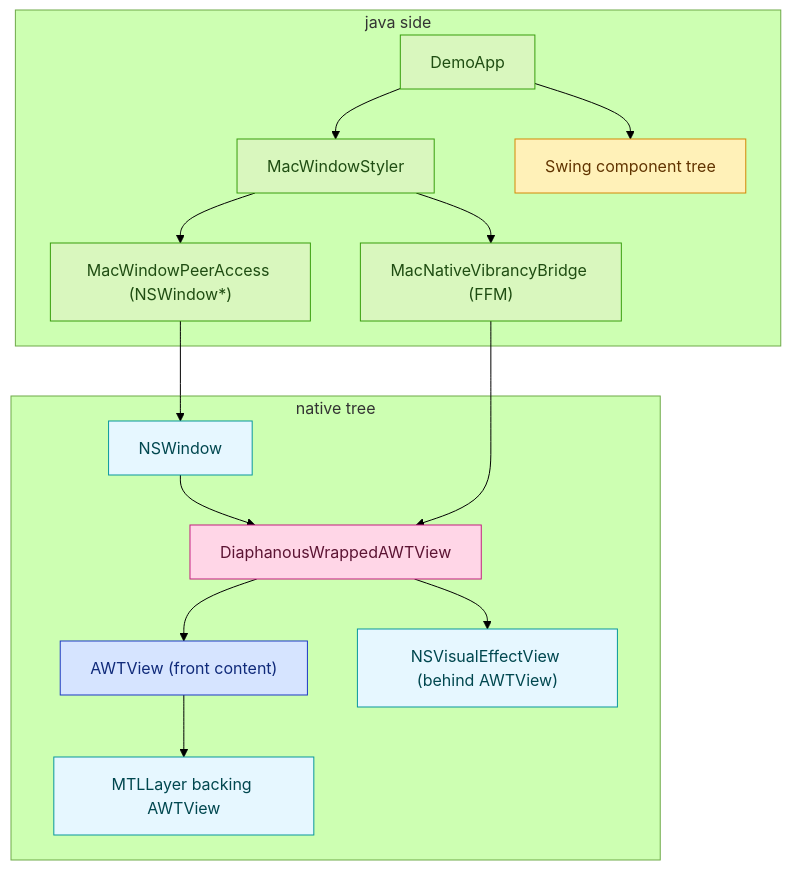
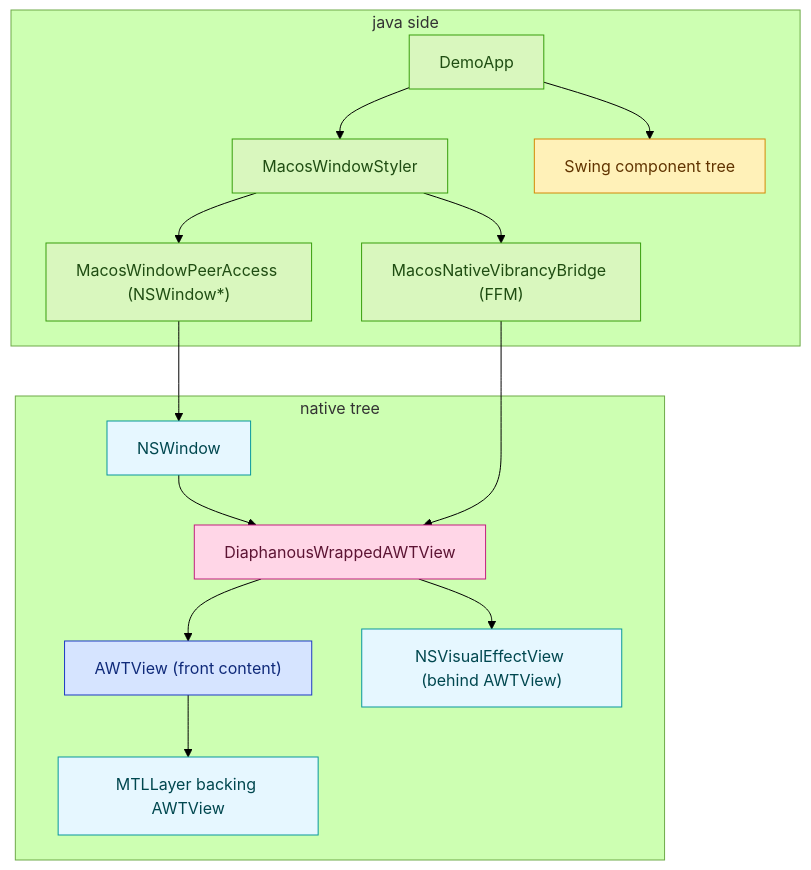
One commit to bric3/diaphanous-swing changed the second of 2 diagrams in docs/004-decorated-vibrancy-progress.md. Above: the diagram before and after it, drawn with Mermaid (forest theme). The commit also changed other lines of this file and 47 other files, not shown here.

````diff
--- a/docs/004-decorated-vibrancy-progress.md
+++ b/docs/004-decorated-vibrancy-progress.md
@@ -105,41 +105,41 @@
 ```mermaid
 flowchart TB
   subgraph Java["java side"]
     Demo["DemoApp"]
-    Styler["MacWindowStyler"]
-    Bridge["MacNativeVibrancyBridge (FFM)"]
-    Peer["MacWindowPeerAccess (NSWindow*)"]
+    Styler["MacosWindowStyler"]
+    Bridge["MacosNativeVibrancyBridge (FFM)"]
+    Peer["MacosWindowPeerAccess (NSWindow*)"]
     SwingTree["Swing component tree"]
     Demo --> Styler
     Styler --> Bridge
     Styler --> Peer
     Demo --> SwingTree
   end
 
   subgraph Native["native tree"]
     Win["NSWindow"]
     Wrapper["DiaphanousWrappedAWTView"]
     Awt["AWTView (front content)"]
     Mtl["MTLLayer backing AWTView"]
     Effect["NSVisualEffectView (behind AWTView)"]
     Win --> Wrapper
     Wrapper --> Awt
     Awt --> Mtl
     Wrapper --> Effect
   end
 
   Peer --> Win
   Bridge --> Wrapper
 
   classDef pureJavaMine fill:#d9f7be,stroke:#389e0d,color:#1f4d12
   classDef pureJavaJdk fill:#fff1b8,stroke:#d48806,color:#613400
   classDef nativeMine fill:#ffd6e7,stroke:#c41d7f,color:#5c1433
   classDef nativeJdk fill:#d6e4ff,stroke:#1d39c4,color:#102a7a
   classDef nativeMac fill:#e6f7ff,stroke:#08979c,color:#00474f
 
   class Demo,Styler,Bridge,Peer pureJavaMine
   class SwingTree pureJavaJdk
   class Wrapper nativeMine
   class Awt nativeJdk
   class Win,Mtl,Effect nativeMac
 ```
````
